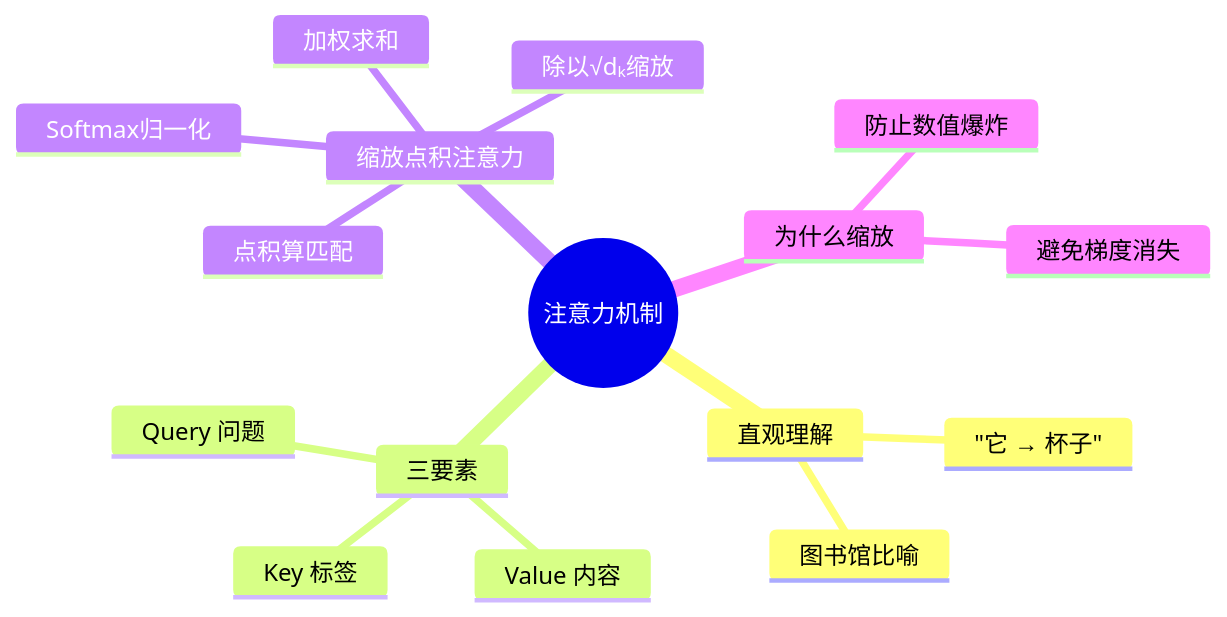
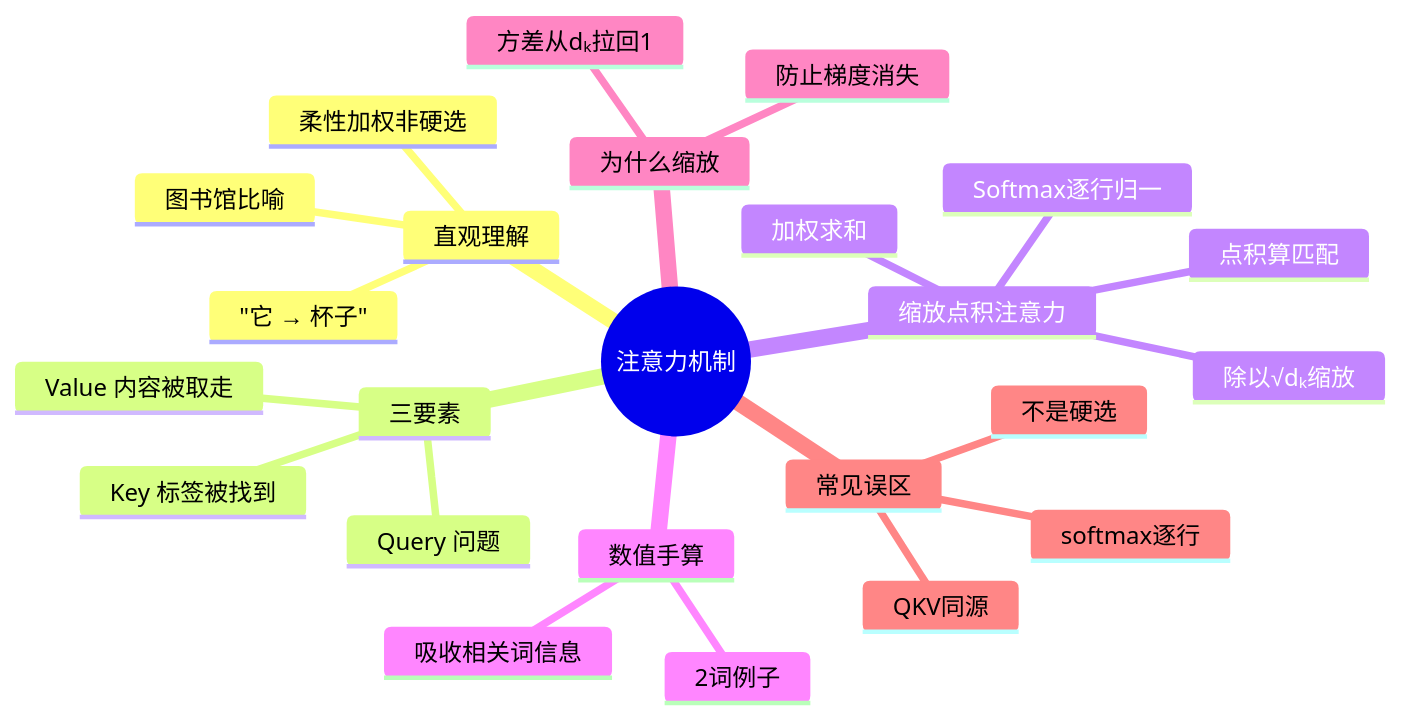
Diagram 12 of 12 in transformer-学习资料/第03章-注意力机制.md (zerioo1970/summary), drawn with Mermaid before and after one commit. The commit also changed other lines of this file and 4 other files, not shown here.

Commit message:
大幅扩写第3-7章:新增数值手算/深入原理/更多图解/FAQ/可视化代码

````diff
--- a/transformer-学习资料/第03章-注意力机制.md
+++ b/transformer-学习资料/第03章-注意力机制.md
@@ -288,19 +619,27 @@
 ```mermaid
 mindmap
   root((注意力机制))
     直观理解
       "它 → 杯子"
+      柔性加权非硬选
       图书馆比喻
     三要素
       Query 问题
-      Key 标签
-      Value 内容
+      Key 标签被找到
+      Value 内容被取走
     缩放点积注意力
       点积算匹配
       除以√dₖ缩放
-      Softmax归一化
+      Softmax逐行归一
       加权求和
+    数值手算
+      2词例子
+      吸收相关词信息
     为什么缩放
-      防止数值爆炸
-      避免梯度消失
+      方差从dₖ拉回1
+      防止梯度消失
+    常见误区
+      不是硬选
+      QKV同源
+      softmax逐行
 ```
````
